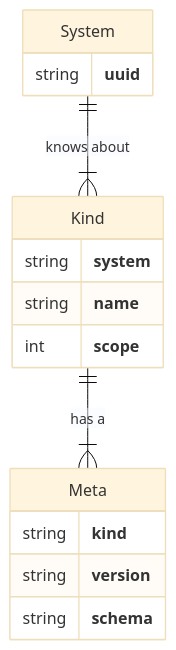
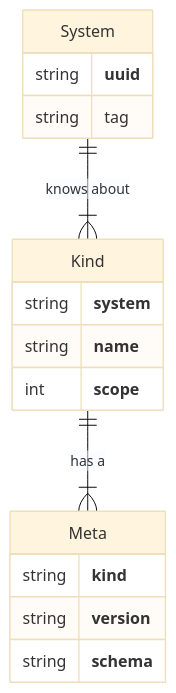
The third of 4 diagrams in docs/reference.md (relexec/rxp), drawn with Mermaid (base theme) before and after one commit. The commit also changed other lines of this file and 4 other files, not shown here.

````diff
--- a/docs/reference.md
+++ b/docs/reference.md
@@ -89,18 +90,19 @@
 ```mermaid
 erDiagram
     System ||--|{ Kind : "knows about"
     Kind ||--|{ Meta : "has a"
     System {
         string **uuid**
+        string tag
     }
     Kind {
         string **system**
         string **name**
         int **scope**
     }
     Meta{
         string **kind**
         string **version**
         string **schema**
     }
 ```
````
